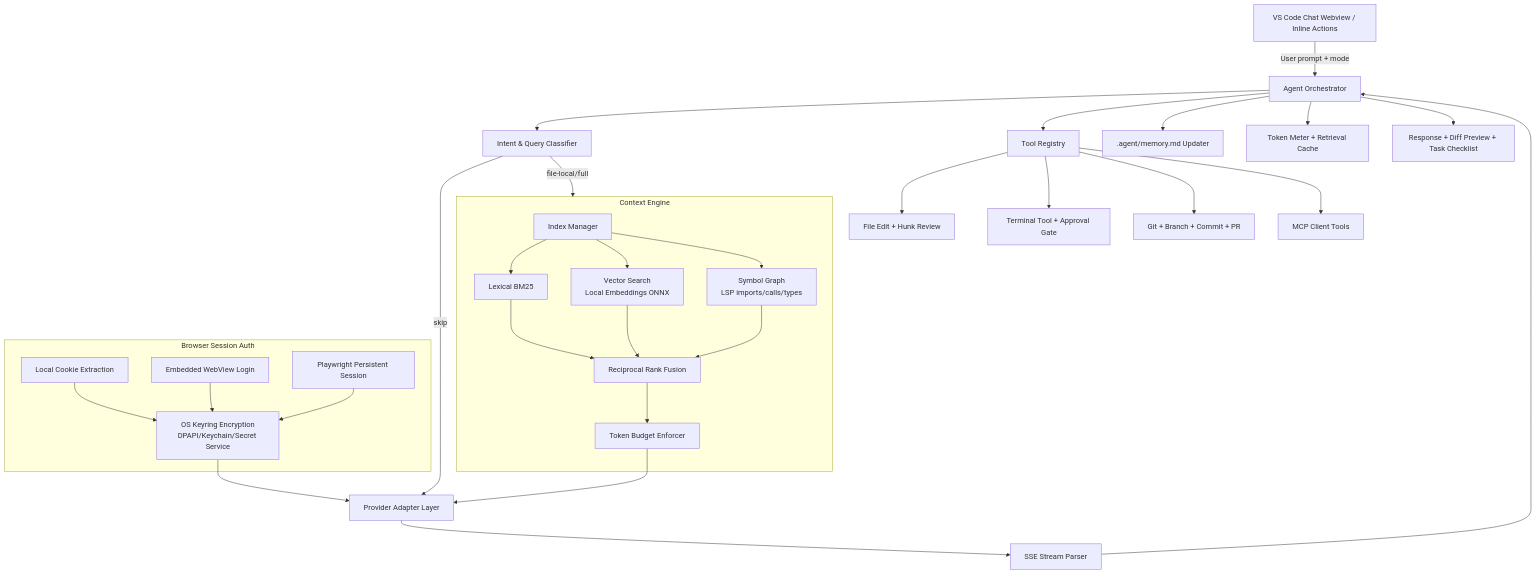
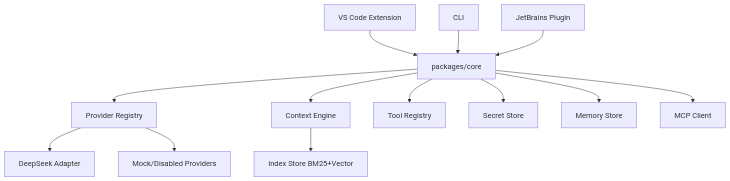
Before and after one commit to kosama685/Aug-vs: the diagram in docs/architecture.md, drawn with Mermaid. The commit also changed other lines of this file and 104 other files, not shown here.

````diff
--- a/docs/architecture.md
+++ b/docs/architecture.md
@@ -3,51 +3,15 @@
 ```mermaid
 flowchart TD
-    UI[VS Code Chat Webview / Inline Actions] -->|User prompt + mode| ORCH[Agent Orchestrator]
-    ORCH --> CLASSIFIER[Intent & Query Classifier]
-    CLASSIFIER -->|skip| LLM
-    CLASSIFIER -->|file-local/full| RETRIEVAL
-
-    subgraph RETRIEVAL[Context Engine]
-      IDX[Index Manager]
-      BM25[Lexical BM25]
-      VEC[Vector Search\nLocal Embeddings ONNX]
-      GRAPH[Symbol Graph\nLSP imports/calls/types]
-      RRF[Reciprocal Rank Fusion]
-      BUDGET[Token Budget Enforcer]
-      IDX --> BM25
-      IDX --> VEC
-      IDX --> GRAPH
-      BM25 --> RRF
-      VEC --> RRF
-      GRAPH --> RRF
-      RRF --> BUDGET
-    end
-
-    BUDGET --> LLM[Provider Adapter Layer]
-
-    subgraph AUTH[Browser Session Auth]
-      COOKIE[Local Cookie Extraction]
-      WEBVIEW[Embedded WebView Login]
-      PLAY[Playwright Persistent Session]
-      KEYRING[OS Keyring Encryption\nDPAPI/Keychain/Secret Service]
-      COOKIE --> KEYRING
-      WEBVIEW --> KEYRING
-      PLAY --> KEYRING
-    end
-
-    KEYRING --> LLM
-
-    LLM --> STREAM[SSE Stream Parser]
-    STREAM --> ORCH
-
-    ORCH --> TOOLS[Tool Registry]
-    TOOLS --> FILES[File Edit + Hunk Review]
-    TOOLS --> TERM[Terminal Tool + Approval Gate]
-    TOOLS --> GIT[Git + Branch + Commit + PR]
-    TOOLS --> MCP[MCP Client Tools]
-
-    ORCH --> MEMORY[.agent/memory.md Updater]
-    ORCH --> METRICS[Token Meter + Retrieval Cache]
-
-    ORCH --> UX[Response + Diff Preview + Task Checklist]
+  VS[VS Code Extension] --> CORE[packages/core]
+  CLI[CLI] --> CORE
+  JB[JetBrains Plugin] --> CORE
+  CORE --> REG[Provider Registry]
+  REG --> P1[DeepSeek Adapter]
+  REG --> P2[Mock/Disabled Providers]
+  CORE --> RET[Context Engine]
+  RET --> IDX[Index Store BM25+Vector]
+  CORE --> TOOLS[Tool Registry]
+  CORE --> SEC[Secret Store]
+  CORE --> MEM[Memory Store]
+  CORE --> MCP[MCP Client]
 ```
````
